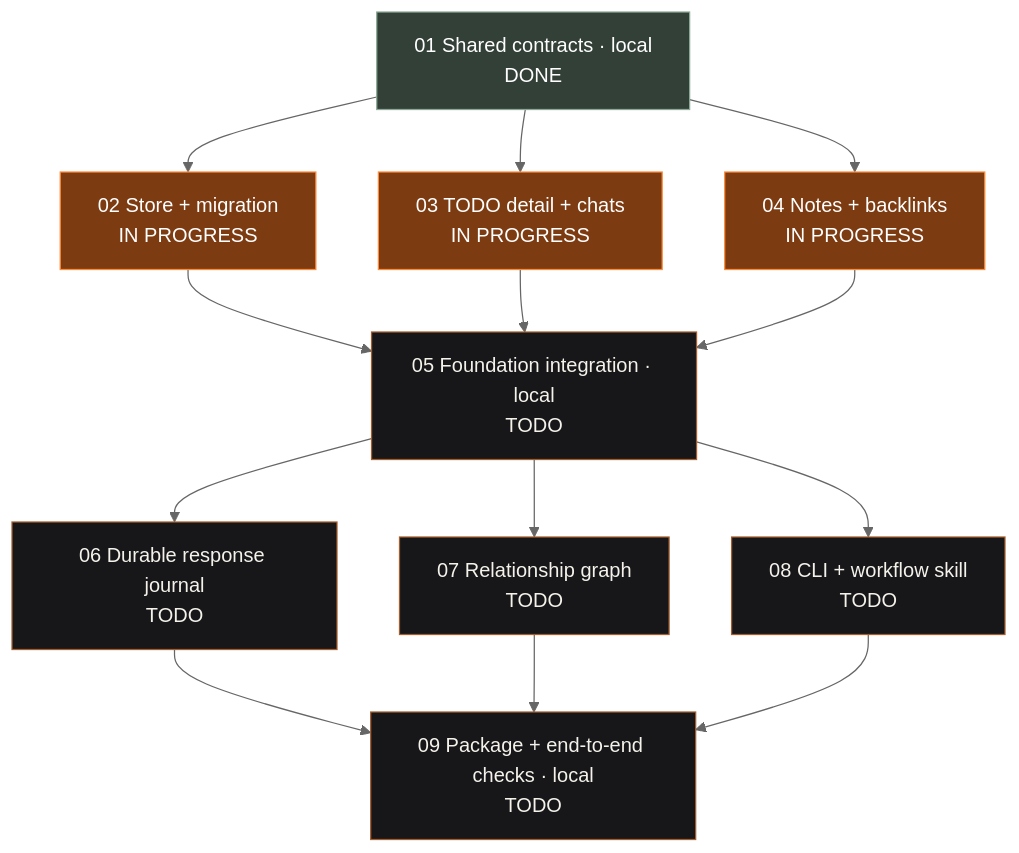
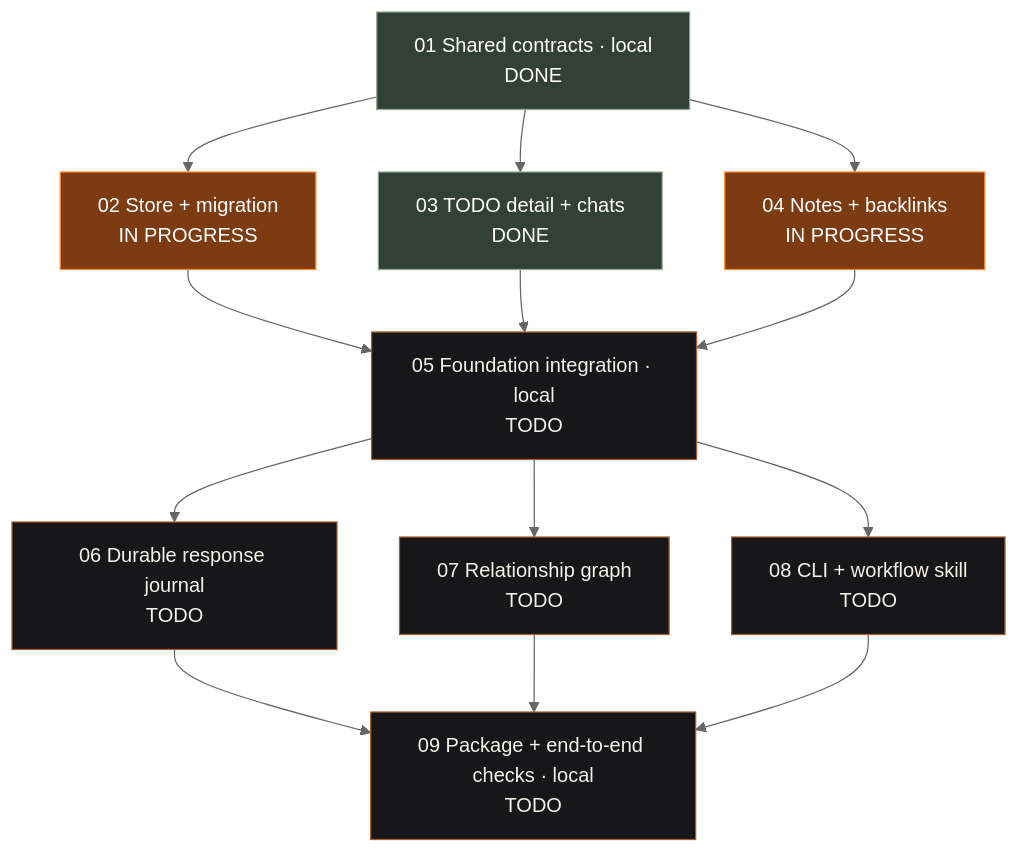
One commit to vatsalsaglani/Cider changed the diagram in docs/plans/linked-work/00-overview.md. Above: the diagram before and after it, drawn with Mermaid (neutral theme). The commit also changed other lines of this file and 2 other files, not shown here.

Commit message:
Verify linked task detail integration and preserve pending edits

````diff
--- a/docs/plans/linked-work/00-overview.md
+++ b/docs/plans/linked-work/00-overview.md
@@ -38,27 +38,27 @@
 ```mermaid
 flowchart TD
     P01["01 Shared contracts · local<br/>DONE"]:::done
     P02["02 Store + migration<br/>IN PROGRESS"]:::inprogress
-    P03["03 TODO detail + chats<br/>IN PROGRESS"]:::inprogress
+    P03["03 TODO detail + chats<br/>DONE"]:::done
     P04["04 Notes + backlinks<br/>IN PROGRESS"]:::inprogress
     P05["05 Foundation integration · local<br/>TODO"]:::todo
     P06["06 Durable response journal<br/>TODO"]:::todo
     P07["07 Relationship graph<br/>TODO"]:::todo
     P08["08 CLI + workflow skill<br/>TODO"]:::todo
     P09["09 Package + end-to-end checks · local<br/>TODO"]:::todo
     P01 --> P02
     P01 --> P03
     P01 --> P04
     P02 --> P05
     P03 --> P05
     P04 --> P05
     P05 --> P06
     P05 --> P07
     P05 --> P08
     P06 --> P09
     P07 --> P09
     P08 --> P09
     classDef todo fill:#171719,color:#f5f2eb,stroke:#a45d2e
     classDef inprogress fill:#7d3b12,color:#fff,stroke:#ff8b38
     classDef done fill:#324038,color:#fff,stroke:#8ca996
 ```
````
